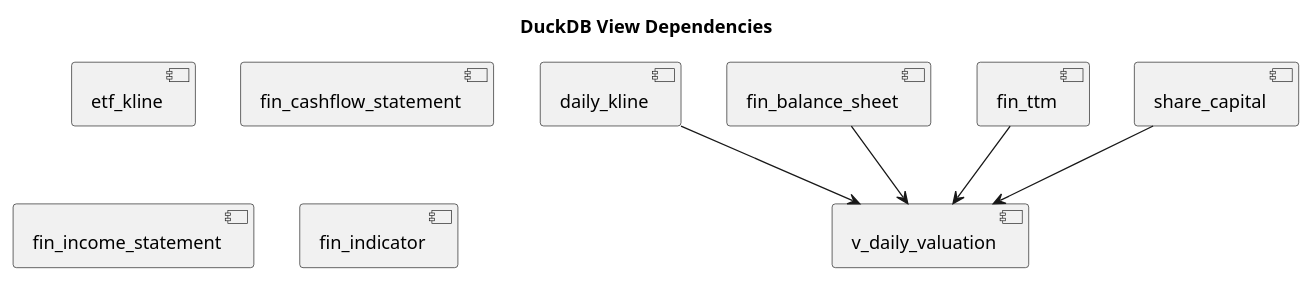
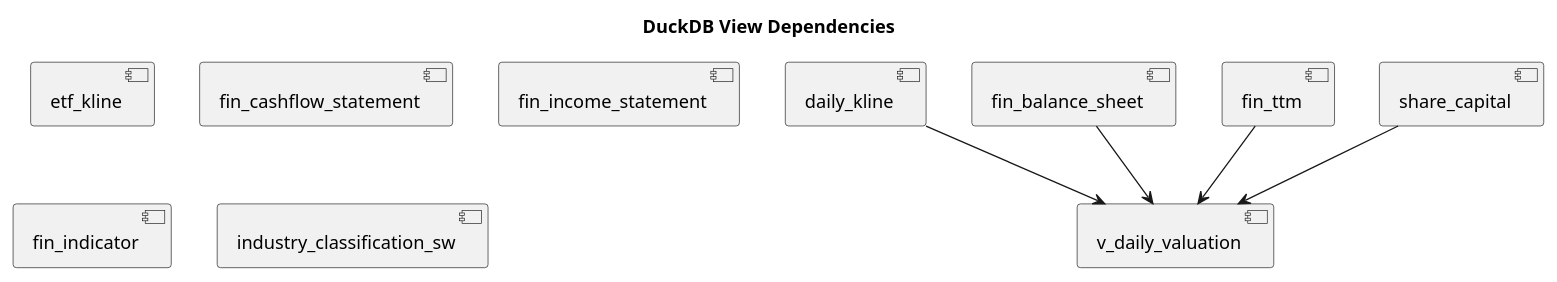
The diagram in docs/data_catalog.md (hrzzzrh/QuantPyLab), drawn with PlantUML before and after one commit. The commit also changed other lines of this file and 19 other files, not shown here.

Commit message:
feat(data): add point-in-time industry classification history

````diff
--- a/docs/data_catalog.md
+++ b/docs/data_catalog.md
@@ -8,20 +8,21 @@
 ```plantuml
 @startuml
 skinparam componentStyle uml2
 title DuckDB View Dependencies
 
 [daily_kline]
 [etf_kline]
 [fin_balance_sheet]
 [fin_cashflow_statement]
 [fin_income_statement]
 [fin_indicator]
 [fin_ttm]
 [share_capital]
+[industry_classification_sw]
 [v_daily_valuation]
 [daily_kline] --> [v_daily_valuation]
 [share_capital] --> [v_daily_valuation]
 [fin_ttm] --> [v_daily_valuation]
 [fin_balance_sheet] --> [v_daily_valuation]
 @enduml
 ```
````
